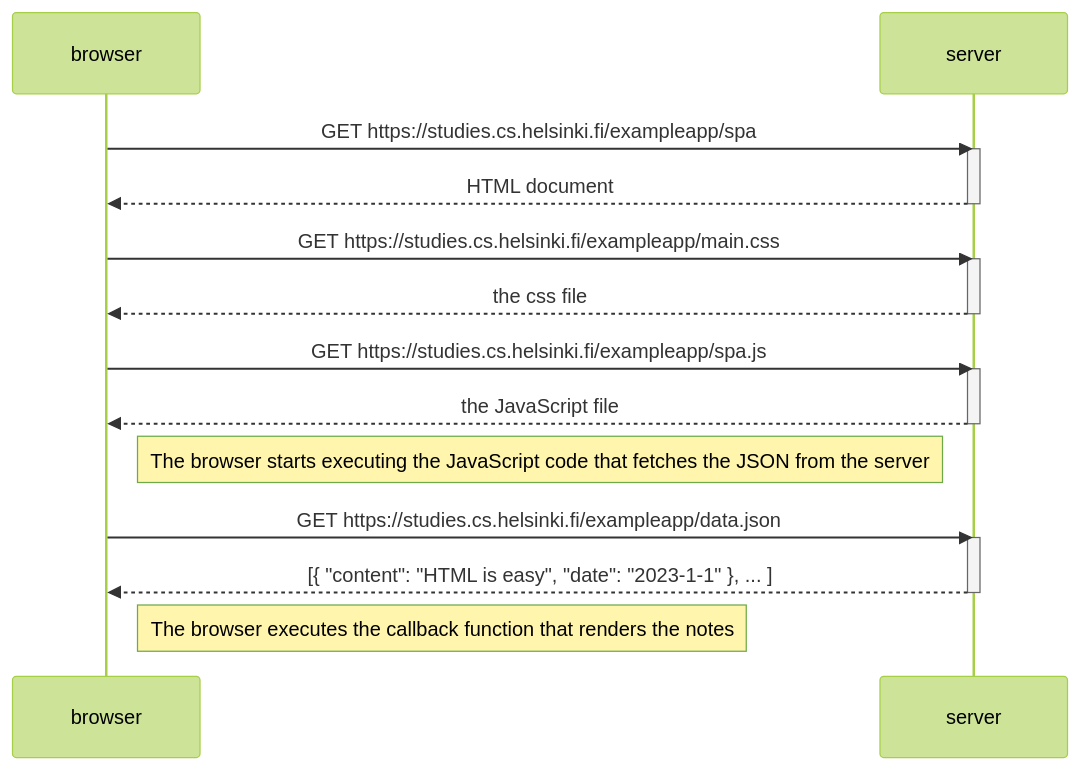
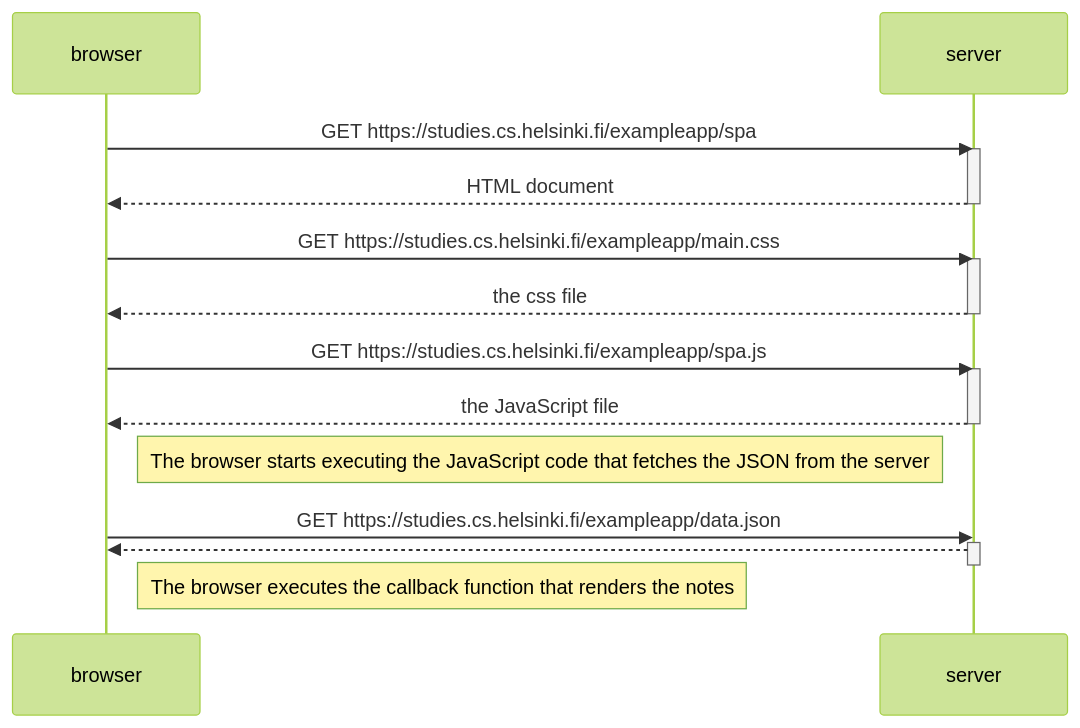
One commit to Amloner/PART0 changed the diagram in Single page app diagram.mermaid. Above: the diagram before and after it, drawn with Mermaid (forest theme).

Commit message:
Update Single page app diagram.mermaid

```diff
--- a/Single page app diagram.mermaid
+++ b/Single page app diagram.mermaid
@@ -1,27 +1,27 @@
 sequenceDiagram
     participant browser
     participant server
 
     browser->>server: GET https://studies.cs.helsinki.fi/exampleapp/spa
     activate server
     server-->>browser: HTML document
     deactivate server
 
     browser->>server: GET https://studies.cs.helsinki.fi/exampleapp/main.css
     activate server
     server-->>browser: the css file
     deactivate server
 
     browser->>server: GET https://studies.cs.helsinki.fi/exampleapp/spa.js
     activate server
     server-->>browser: the JavaScript file
     deactivate server
 
     Note right of browser: The browser starts executing the JavaScript code that fetches the JSON from the server
 
     browser->>server: GET https://studies.cs.helsinki.fi/exampleapp/data.json
     activate server
-    server-->>browser: [{ "content": "HTML is easy", "date": "2023-1-1" }, ... ]
+    server-->>browser:
     deactivate server
 
     Note right of browser: The browser executes the callback function that renders the notes
```
